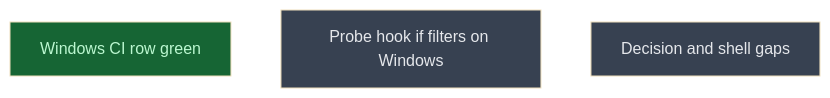
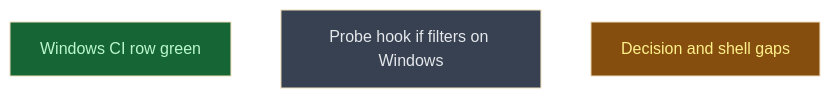
Before and after one commit to CrackingShells/Murmuration: the diagram in __roadmap__/windows_install/README.md, drawn with Mermaid (base theme). The commit also changed other lines of this file and 2 other files, not shown here.

Commit message:
docs(roadmap): start shell_gaps, its two pre-conditions met
The Windows CI row compares the two guards (ci_green, merge 680001f) and
posix_gaps shipped as 0.1.2 (merge 2cbfa31, b511983), so the leaf that
edits the same guard files can start. if_probe, the other sibling that
next/ waits on, is still planned: shell_gaps does not depend on its
result.

````diff
--- a/__roadmap__/windows_install/README.md
+++ b/__roadmap__/windows_install/README.md
@@ -21,11 +21,11 @@
 ```mermaid
 graph TD
     ci_green[Windows CI row green]:::done
     if_probe[Probe hook if filters on Windows]:::planned
-    next[Decision and shell gaps]:::planned
+    next[Decision and shell gaps]:::inprogress
     classDef done       fill:#166534,color:#bbf7d0
     classDef inprogress fill:#854d0e,color:#fef08a
     classDef planned    fill:#374151,color:#e5e7eb
     classDef amendment  fill:#1e3a5f,color:#bfdbfe
     classDef blocked    fill:#7f1d1d,color:#fecaca
 ```
````
